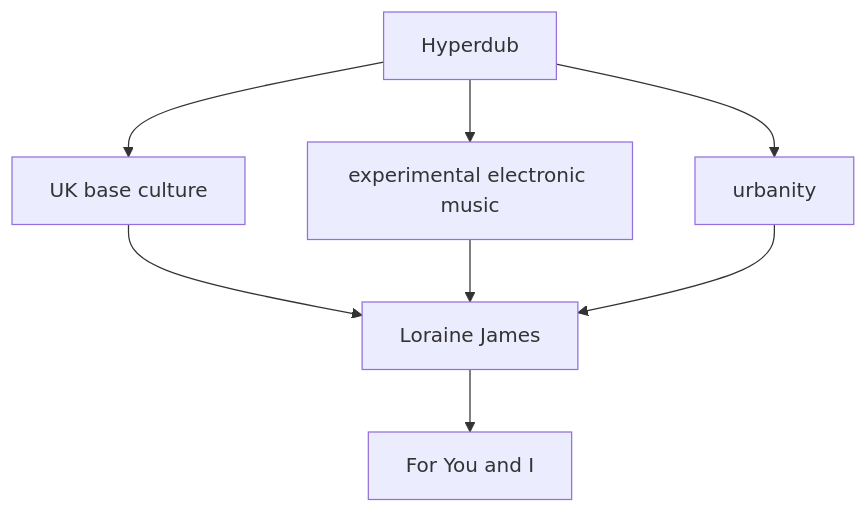
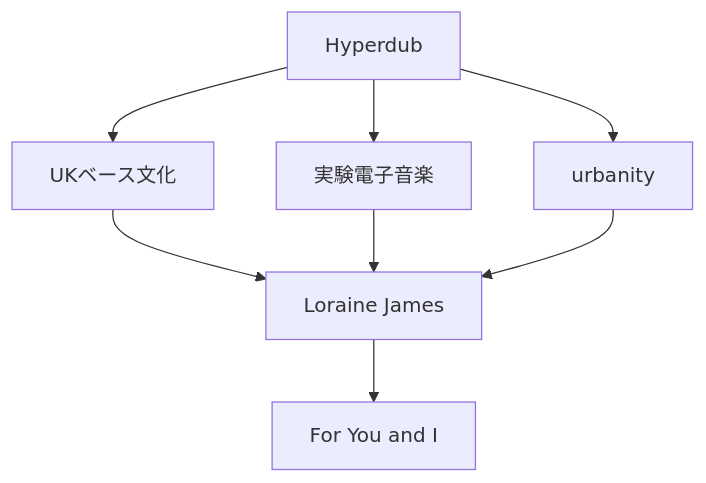
The fourth of 11 diagrams in en/_posts/2026-05-24-column-loraine-james.md (monumental-movement/monumental-movement.github.io), drawn with Mermaid before and after one commit. The commit also changed other lines of this file and 2196 other files, not shown here.

```diff
--- a/en/_posts/2026-05-24-column-loraine-james.md
+++ b/en/_posts/2026-05-24-column-loraine-james.md
@@ -149,10 +149,10 @@
 <div class="mermaid">
 graph TD
-A[Hyperdub] --> B[UK base culture]
-A --> C[experimental electronic music]
+A[Hyperdub] --> B[UKベース文化]
+A --> C[実験電子音楽]
 A --> D[urbanity]
 B --> E[Loraine James]
 C --> E
 D --> E
 E --> F[For You and I]
 </div>
```
